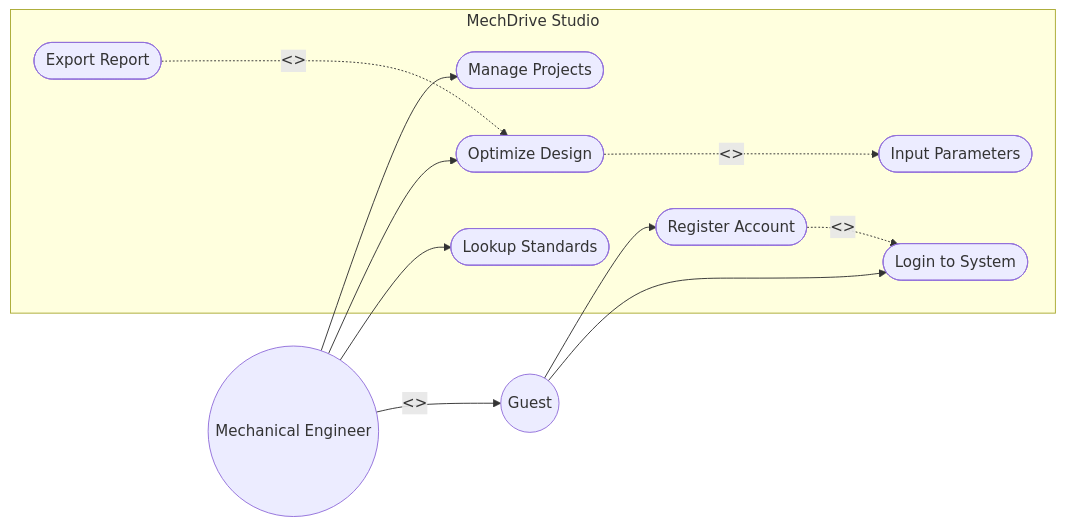
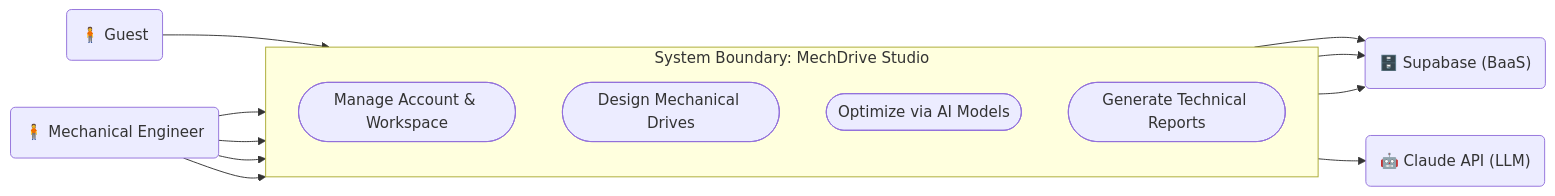
Before and after one commit to dvydinh/mechdrive: the second of 6 diagrams in README.md, drawn with Mermaid. The commit also changed other lines of this file and 1 other file, not shown here.

Commit message:
update use case diagram with detailed subsystems and strict rules

````diff
--- a/README.md
+++ b/README.md
@@ -80,27 +82,31 @@
 ```mermaid
 flowchart LR
-    Guest((Guest))
-    Engineer((Mechanical Engineer))
+    %% Primary Actors
+    Guest("🧍 Guest")
+    Engineer("🧍 Mechanical Engineer")
     
-    Engineer -->|<<inherits>>| Guest
-    
-    subgraph MechDrive Studio
-        UC1([Register Account])
-        UC2([Login to System])
-        UC3([Manage Projects])
-        UC4([Input Parameters])
-        UC5([Optimize Design])
-        UC6([Export Report])
-        UC7([Lookup Standards])
-        
-        UC1 .->|<<extend>>| UC2
-        UC5 ..->|<<include>>| UC4
-        UC6 ..->|<<extend>>| UC5
+    %% System Boundary
+    subgraph MechDrive_Studio [System Boundary: MechDrive Studio]
+        direction TB
+        UC1([Manage Account & Workspace])
+        UC2([Design Mechanical Drives])
+        UC3([Optimize via AI Models])
+        UC4([Generate Technical Reports])
     end
     
+    %% Secondary Actors
+    Supabase("🗄️ Supabase (BaaS)")
+    Claude("🤖 Claude API (LLM)")
+    
+    %% Relationships
     Guest --> UC1
-    Guest --> UC2
+    Engineer --> UC1
+    Engineer --> UC2
     Engineer --> UC3
-    Engineer --> UC5
-    Engineer --> UC7
+    Engineer --> UC4
+    
+    UC1 --> Supabase
+    UC2 --> Supabase
+    UC3 --> Supabase
+    UC4 --> Claude
 ```
````
